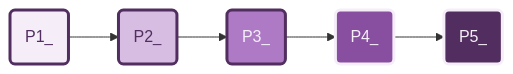
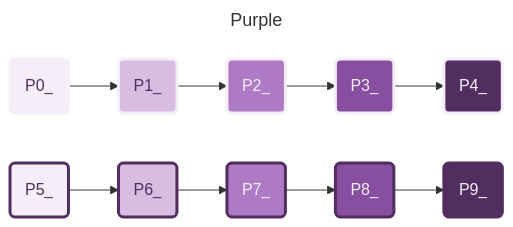
The second of 10 diagrams in profile/mermaid/mermaid-colors.md (APrettyCoolProgram/aprettycoolprogram), drawn with Mermaid before and after one commit. The commit also changed other lines of this file, not shown here.

````diff
--- a/profile/mermaid/mermaid-colors.md
+++ b/profile/mermaid/mermaid-colors.md
@@ -54,17 +50,31 @@
 ```mermaid
+---
+title: Purple
+---
 flowchart LR
   %% Components
+  P0@{shape: rounded, label: "P0_"}
   P1@{shape: rounded, label: "P1_"}
   P2@{shape: rounded, label: "P2_"}
   P3@{shape: rounded, label: "P3_"}
   P4@{shape: rounded, label: "P4_"}
   P5@{shape: rounded, label: "P5_"}
+  P6@{shape: rounded, label: "P6_"}
+  P7@{shape: rounded, label: "P7_"}
+  P8@{shape: rounded, label: "P8_"}
+  P9@{shape: rounded, label: "P9_"}
   %% Layout
-  P1:::P1_ --> P2:::P2_ --> P3:::P3_ --> P4:::P4_ --> P5:::P5_ 
+  P0:::P0_ --> P1:::P1_ --> P2:::P2_ --> P3:::P3_ --> P4:::P4_
+  P5:::P5_ --> P6:::P6_ --> P7:::P7_ --> P8:::P8_ --> P9:::P9_ 
   %% Styles
-  classDef P1_ stroke:#512e5f,stroke-width:3px,fill:#f5eef8,color:#512e5f
-  classDef P2_ stroke:#512e5f,stroke-width:3px,fill:#d7bde2,color:#512e5f
-  classDef P3_ stroke:#512e5f,stroke-width:3px,fill:#af7ac5,color:#f5eef8
-  classDef P4_ stroke:#f5eef8,stroke-width:3px,fill:#884ea0,color:#f5eef8
-  classDef P5_ stroke:#f5eef8,stroke-width:3px,fill:#512e5f,color:#f5eef8
+  classDef P0_ stroke:#f5eef8,stroke-width:3px,fill:#f5eef8,color:#512e5f
+  classDef P1_ stroke:#f5eef8,stroke-width:3px,fill:#d7bde2,color:#512e5f
+  classDef P2_ stroke:#f5eef8,stroke-width:3px,fill:#af7ac5,color:#f5eef8
+  classDef P3_ stroke:#f5eef8,stroke-width:3px,fill:#884ea0,color:#f5eef8
+  classDef P4_ stroke:#f5eef8,stroke-width:3px,fill:#512e5f,color:#f5eef8
+  classDef P5_ stroke:#512e5f,stroke-width:3px,fill:#f5eef8,color:#512e5f
+  classDef P6_ stroke:#512e5f,stroke-width:3px,fill:#d7bde2,color:#512e5f
+  classDef P7_ stroke:#512e5f,stroke-width:3px,fill:#af7ac5,color:#f5eef8
+  classDef P8_ stroke:#512e5f,stroke-width:3px,fill:#884ea0,color:#f5eef8
+  classDef P9_ stroke:#512e5f,stroke-width:3px,fill:#512e5f,color:#f5eef8
 ```
````
